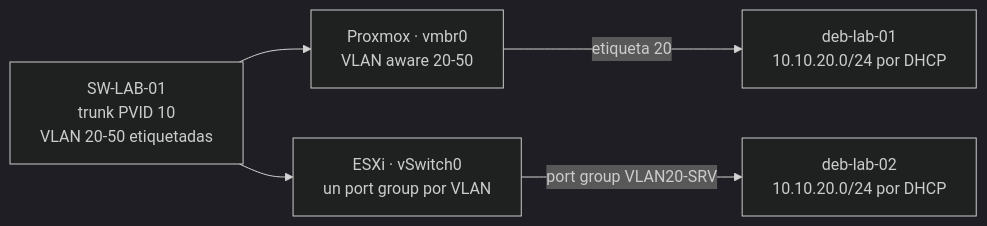
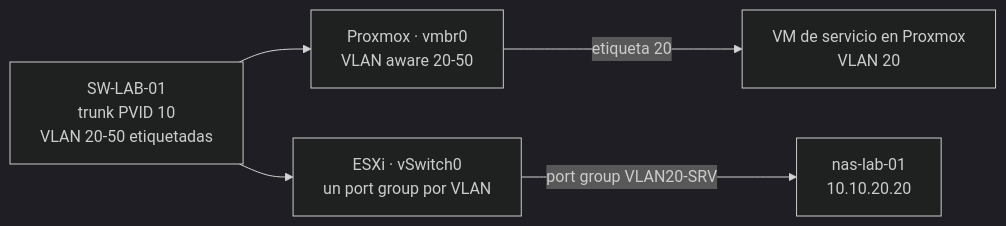
Before and after one commit to Alce1551/EICL-HOMELAB: the fourth of 4 diagrams in docs/architecture.md, drawn with Mermaid (dark theme). The commit also changed other lines of this file and 8 other files, not shown here.

Commit message:
LAB-003: documenta la validacion integral, el NAS y las decisiones tomadas sobre puertos en SWITCH (D-043 A D-049)

````diff
--- a/docs/architecture.md
+++ b/docs/architecture.md
@@ -101,7 +104,7 @@
 ```mermaid
 flowchart LR
     SW1[SW-LAB-01<br/>trunk PVID 10<br/>VLAN 20-50 etiquetadas] --> BR[Proxmox · vmbr0<br/>VLAN aware 20-50]
     SW1 --> VS[ESXi · vSwitch0<br/>un port group por VLAN]
-    BR -->|etiqueta 20| VM1[deb-lab-01<br/>10.10.20.0/24 por DHCP]
-    VS -->|port group VLAN20-SRV| VM2[deb-lab-02<br/>10.10.20.0/24 por DHCP]
+    BR -->|etiqueta 20| VM1[VM de servicio en Proxmox<br/>VLAN 20]
+    VS -->|port group VLAN20-SRV| VM2[nas-lab-01<br/>10.10.20.20]
 ```
````
